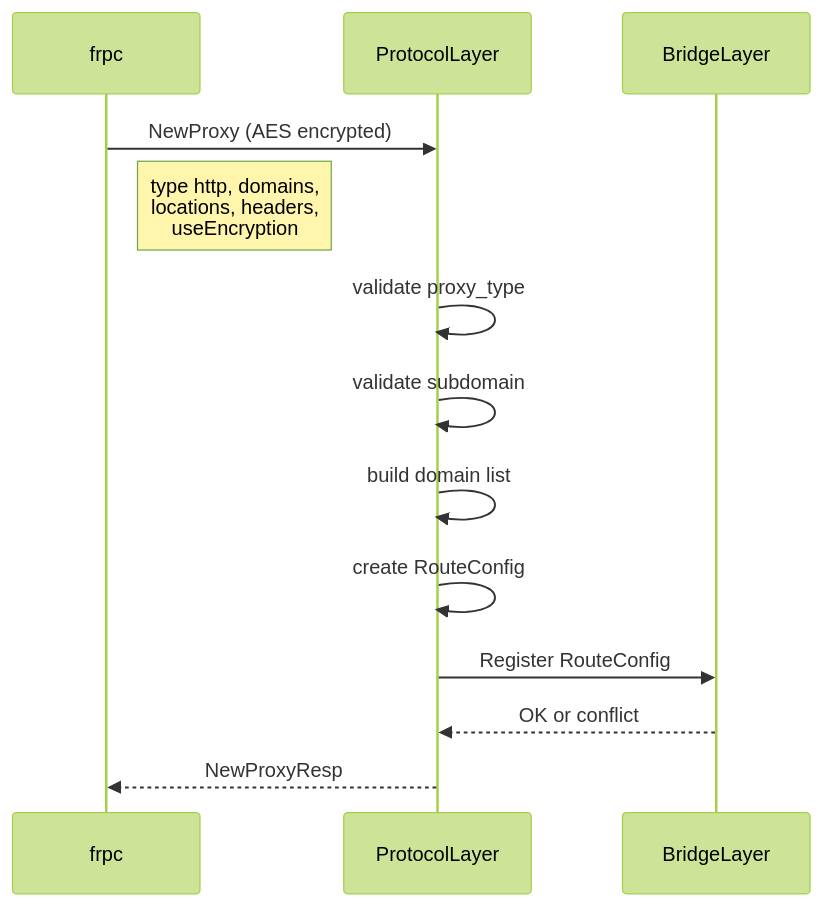
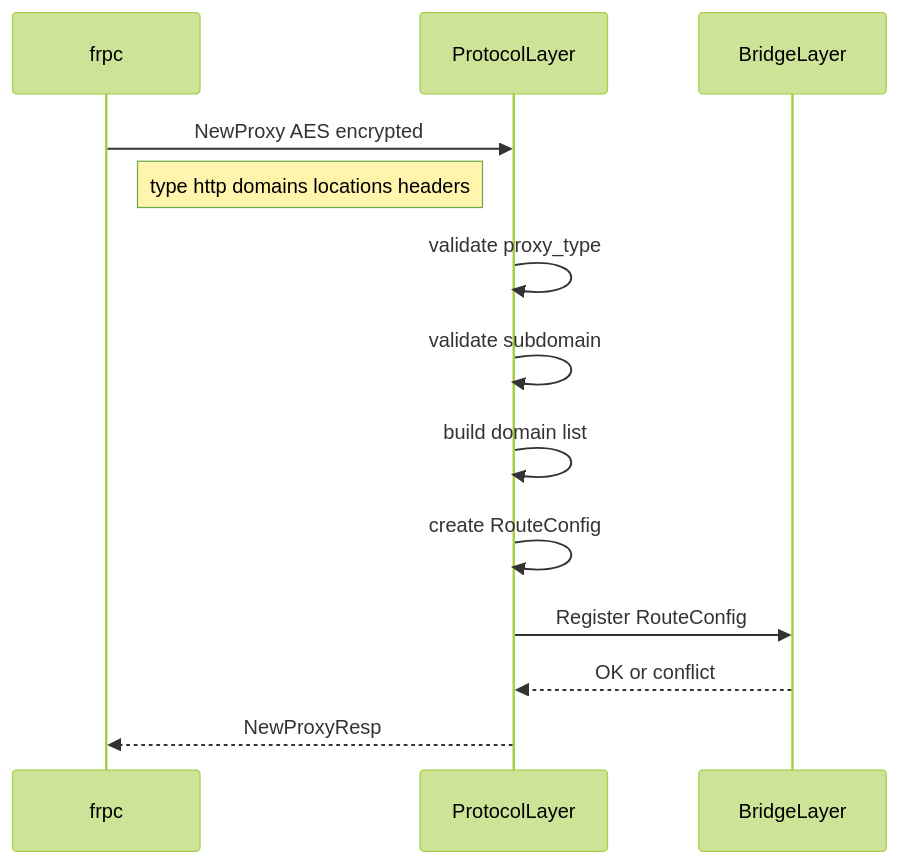
Before and after one commit to cagojeiger/drp: the fourth of 6 diagrams in docs/architecture/protocol-layer.md, drawn with Mermaid (forest theme). The commit also changed other lines of this file and 3 other files, not shown here.

First line of the commit message:
fix(docs): rewrite all Mermaid diagrams for VS Code compatibility

````diff
--- a/docs/architecture/protocol-layer.md
+++ b/docs/architecture/protocol-layer.md
@@ -88,17 +88,17 @@
 ```mermaid
 sequenceDiagram
     participant F as frpc
     participant P as ProtocolLayer
     participant B as BridgeLayer
 
-    F->>P: NewProxy (AES encrypted)
-    Note right of F: type http, domains,<br/>locations, headers,<br/>useEncryption
+    F->>P: NewProxy AES encrypted
+    Note right of F: type http domains locations headers
 
     P->>P: validate proxy_type
     P->>P: validate subdomain
     P->>P: build domain list
     P->>P: create RouteConfig
     P->>B: Register RouteConfig
     B-->>P: OK or conflict
     P-->>F: NewProxyResp
 ```
````
